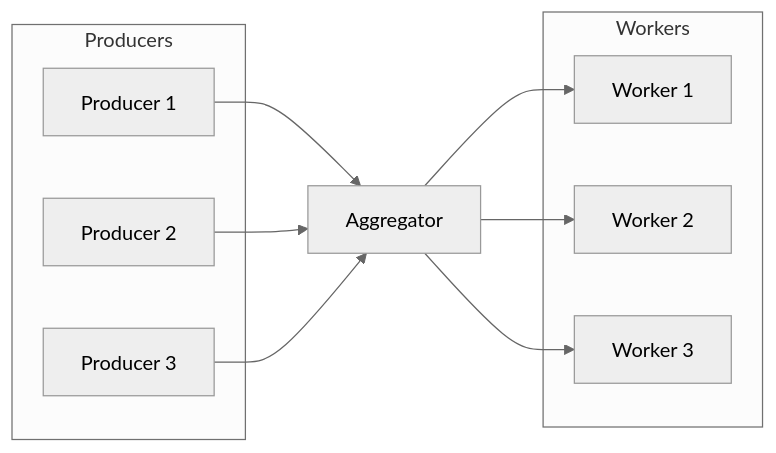
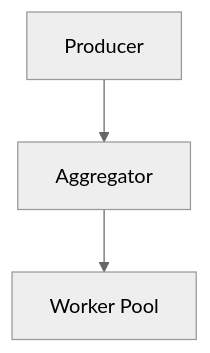
The diagram in Simon Hana Project V2/README.MD (c-demello8/Cloud-Computing-Project), drawn with Mermaid (neutral theme) before and after one commit.

````diff
--- a/Simon Hana Project V2/README.MD
+++ b/Simon Hana Project V2/README.MD
@@ -20,25 +20,10 @@
 ```mermaid
-flowchart LR
+graph TD
 
-    subgraph Producers
-        P1[Producer 1]
-        P2[Producer 2]
-        P3[Producer 3]
-    end
+    Producer[Producer]
+    Aggregator[Aggregator]
+    Worker[Worker Pool]
 
-    A[Aggregator]
-
-    subgraph Workers
-        W1[Worker 1]
-        W2[Worker 2]
-        W3[Worker 3]
-    end
-
-    P1 --> A
-    P2 --> A
-    P3 --> A
-
-    A --> W1
-    A --> W2
-    A --> W3
+    Producer --> Aggregator
+    Aggregator --> Worker
 ```
````
